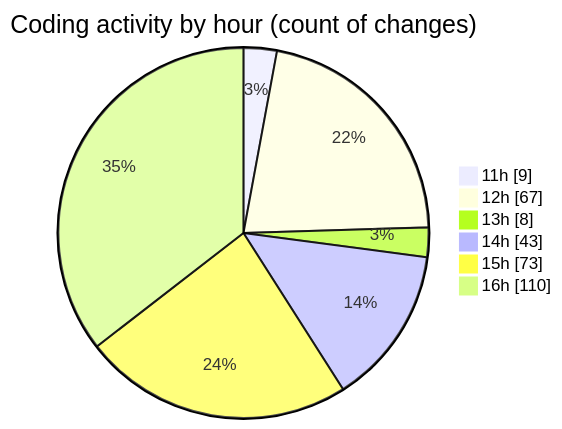
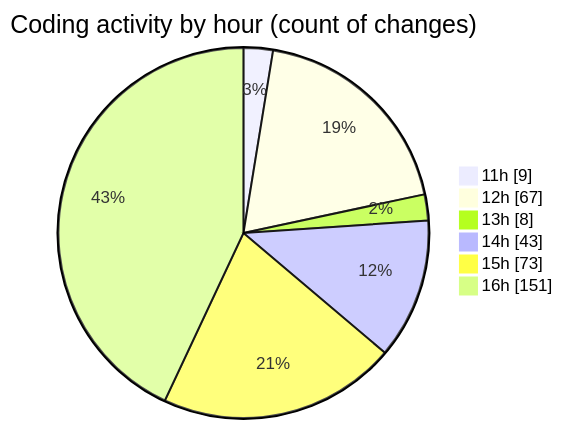
The second of 2 diagrams in 2026-08-23/nxtqube_webapp/README.md (nxtqubesakshisongat/code-tracking), drawn with Mermaid before and after one commit. The commit also changed other lines of this file and 1 other file, not shown here.

````diff
--- a/2026-08-23/nxtqube_webapp/README.md
+++ b/2026-08-23/nxtqube_webapp/README.md
@@ -119,10 +128,10 @@
 ```mermaid
 pie showData
 title Coding activity by hour (count of changes)
 "11h" : 9
 "12h" : 67
 "13h" : 8
 "14h" : 43
 "15h" : 73
-"16h" : 110
+"16h" : 151
 ```
````
